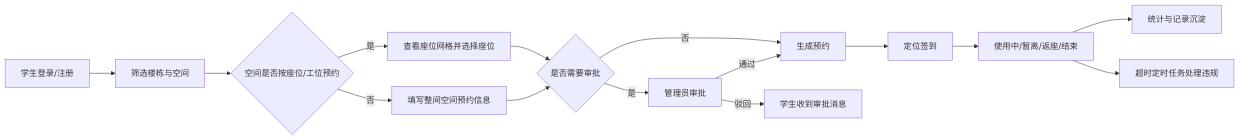
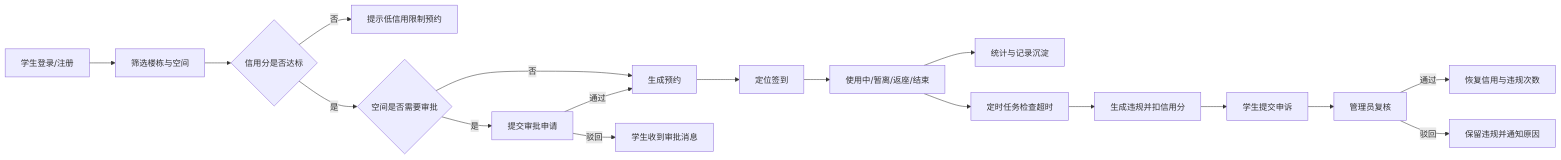
One commit to youchuanfang/echostudy changed the diagram in README.md. Above: the diagram before and after it, drawn with Mermaid. The commit also changed other lines of this file and 40 other files, not shown here.

````diff
--- a/README.md
+++ b/README.md
@@ -40,17 +47,20 @@
 ```mermaid
 flowchart LR
   A["学生登录/注册"] --> B["筛选楼栋与空间"]
-  B --> C{"空间是否按座位/工位预约"}
-  C -- 是 --> D["查看座位网格并选择座位"]
-  C -- 否 --> E["填写整间空间预约信息"]
-  D --> F{"是否需要审批"}
-  E --> F
-  F -- 否 --> G["生成预约"]
-  F -- 是 --> H["管理员审批"]
-  H -- 通过 --> G
-  H -- 驳回 --> I["学生收到审批消息"]
-  G --> J["定位签到"]
-  J --> K["使用中/暂离/返座/结束"]
-  K --> L["统计与记录沉淀"]
-  K --> M["超时定时任务处理违规"]
+  B --> C{"信用分是否达标"}
+  C -- 否 --> D["提示低信用限制预约"]
+  C -- 是 --> E{"空间是否需要审批"}
+  E -- 否 --> F["生成预约"]
+  E -- 是 --> G["提交审批申请"]
+  G -- 通过 --> F
+  G -- 驳回 --> H["学生收到审批消息"]
+  F --> I["定位签到"]
+  I --> J["使用中/暂离/返座/结束"]
+  J --> K["统计与记录沉淀"]
+  J --> L["定时任务检查超时"]
+  L --> M["生成违规并扣信用分"]
+  M --> N["学生提交申诉"]
+  N --> O["管理员复核"]
+  O -- 通过 --> P["恢复信用与违规次数"]
+  O -- 驳回 --> Q["保留违规并通知原因"]
 ```
````
